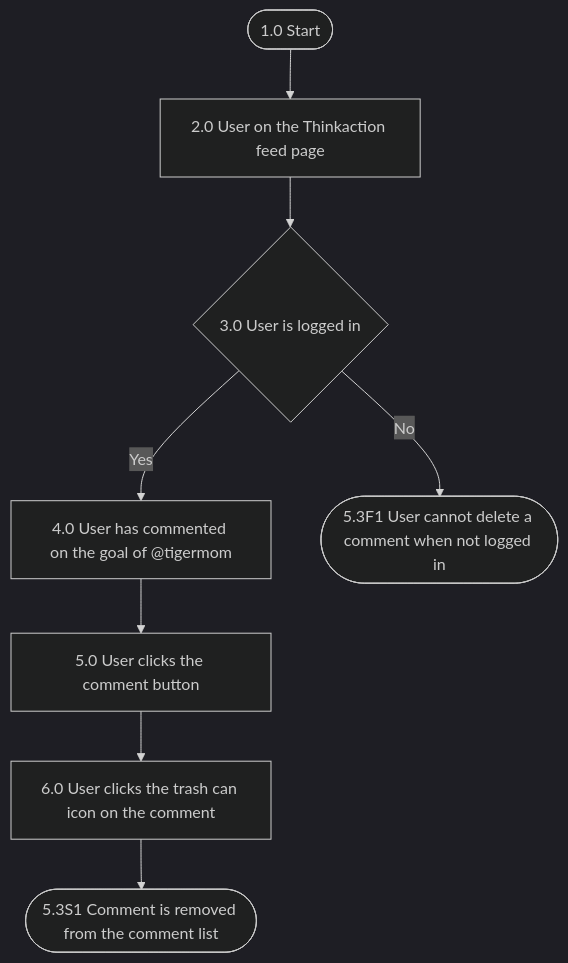
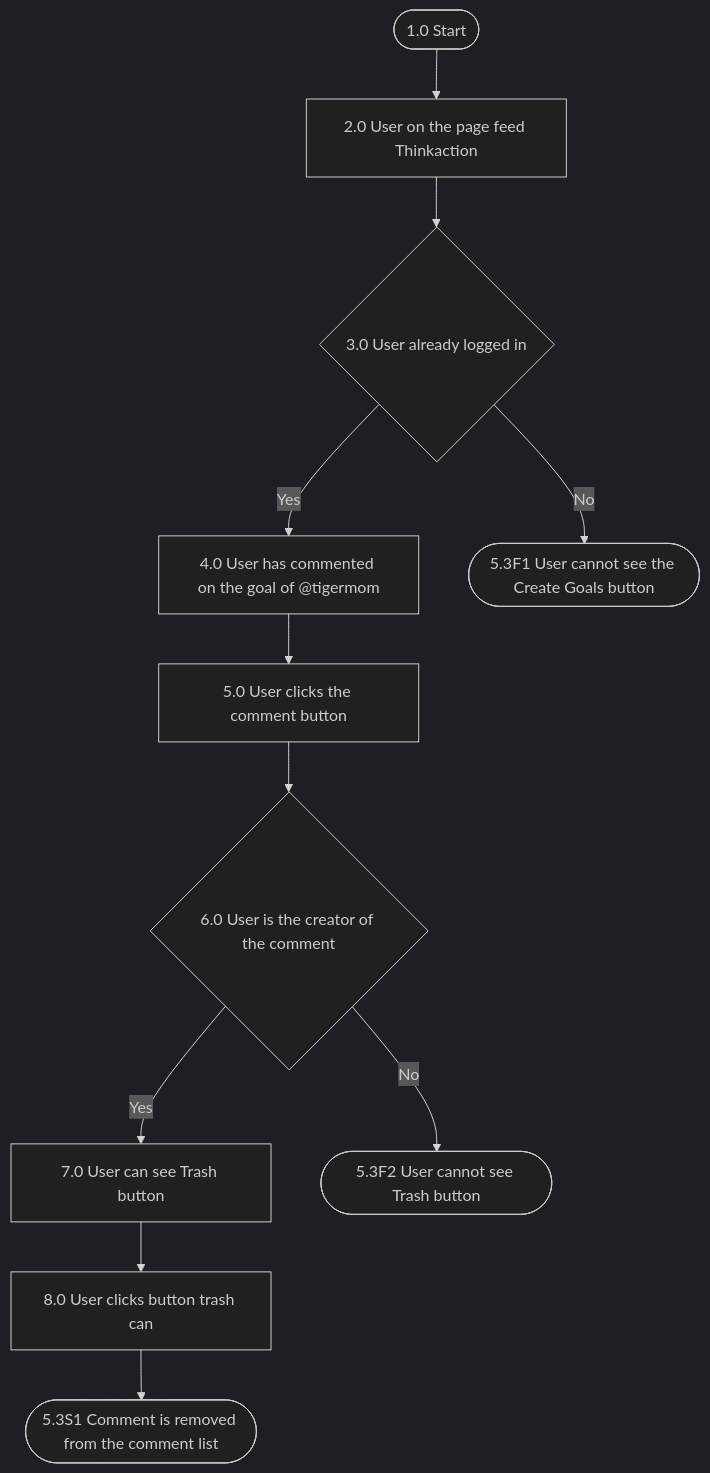
Before and after one commit to Impointhub/docs: the diagram in thinkaction/delete-comment.mdx, drawn with Mermaid (dark theme). The commit also changed other lines of this file and 12 other files, not shown here.

First line of the commit message:
Replace Thinkaction docs with PRD v4 (with mockup images) and add Database page

````diff
--- a/thinkaction/delete-comment.mdx
+++ b/thinkaction/delete-comment.mdx
@@ -9,10 +9,13 @@
 ```mermaid
 flowchart TB
-  A(["1.0 Start"]) --> B["2.0 User on the Thinkaction feed page"]
-  B --> C{"3.0 User is logged in"}
+  A(["1.0 Start"]) --> B["2.0 User on the page feed Thinkaction"]
+  B --> C{"3.0 User already logged in"}
   C -- Yes --> D["4.0 User has commented on the goal of @tigermom"]
-  C -- No --> F1(["5.3F1 User cannot delete a comment when not logged in"])
+  C -- No --> F1(["5.3F1 User cannot see the Create Goals button"])
   D --> E["5.0 User clicks the comment button"]
-  E --> F["6.0 User clicks the trash can icon on the comment"]
-  F --> S1(["5.3S1 Comment is removed from the comment list"])
+  E --> V{"6.0 User is the creator of the comment"}
+  V -- Yes --> T["7.0 User can see Trash button"]
+  V -- No --> F2(["5.3F2 User cannot see Trash button"])
+  T --> U["8.0 User clicks button trash can"]
+  U --> S1(["5.3S1 Comment is removed from the comment list"])
 ```
````
